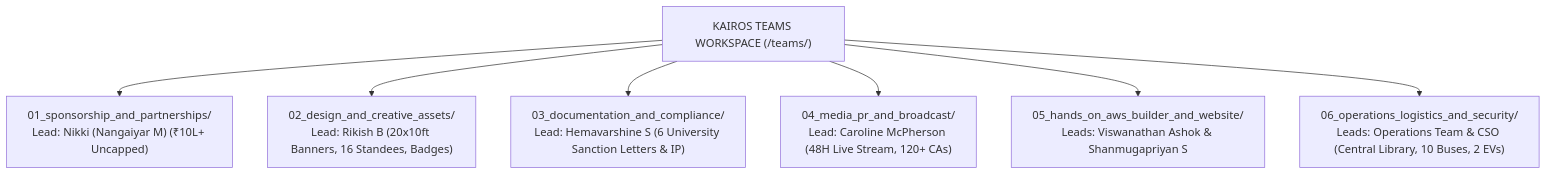
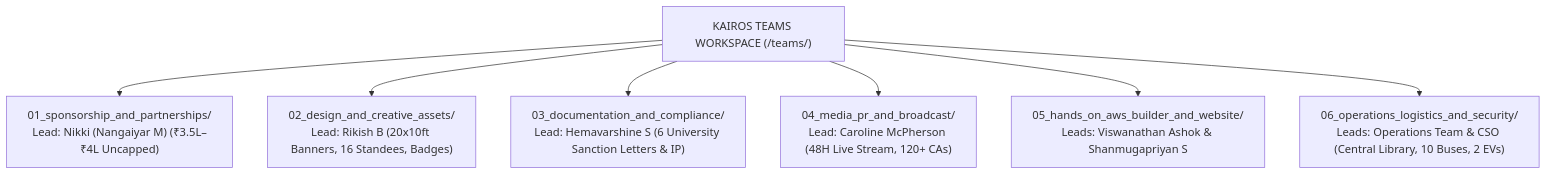
Before and after one commit to MasterZ1311/Kairos: the first of 3 diagrams in README.md, drawn with Mermaid. The commit also changed other lines of this file and 67 other files, not shown here.

````diff
--- a/README.md
+++ b/README.md
@@ -34,11 +34,11 @@
 ```mermaid
 graph TD
     TEAMS["KAIROS TEAMS WORKSPACE (/teams/)"]
     
-    TEAMS --> T1["01_sponsorship_and_partnerships/<br/>Lead: Nikki (Nangaiyar M) (₹10L+ Uncapped)"]
+    TEAMS --> T1["01_sponsorship_and_partnerships/<br/>Lead: Nikki (Nangaiyar M) (₹3.5L–₹4L Uncapped)"]
     TEAMS --> T2["02_design_and_creative_assets/<br/>Lead: Rikish B (20x10ft Banners, 16 Standees, Badges)"]
     TEAMS --> T3["03_documentation_and_compliance/<br/>Lead: Hemavarshine S (6 University Sanction Letters & IP)"]
     TEAMS --> T4["04_media_pr_and_broadcast/<br/>Lead: Caroline McPherson (48H Live Stream, 120+ CAs)"]
     TEAMS --> T5["05_hands_on_aws_builder_and_website/<br/>Leads: Viswanathan Ashok & Shanmugapriyan S"]
     TEAMS --> T6["06_operations_logistics_and_security/<br/>Leads: Operations Team & CSO (Central Library, 10 Buses, 2 EVs)"]
 ```
````
